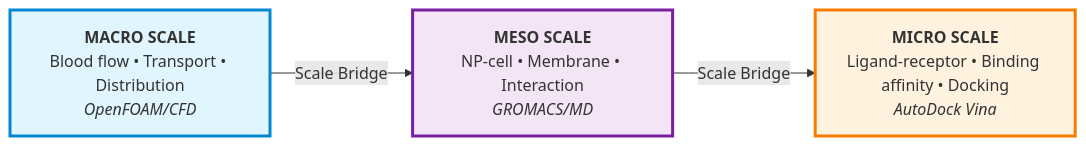
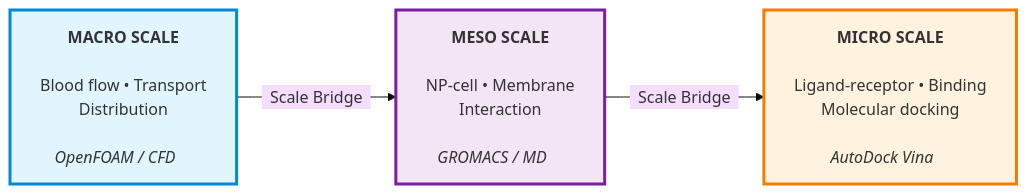
The diagram in README.md (xiaojunyang0805/NanoSim), drawn with Mermaid before and after one commit. The commit also changed other lines of this file, not shown here.

Commit message:
Make architecture diagram larger and prevent overlap with controls
Improvements:
- Increased font size to 16px for better readability
- Added padding with &nbsp; to make boxes larger
- Split text into more lines for better proportions
- Added spacing between diagram and next section
- Wrapped in div with left alignment for better positioning
- Added padding style to boxes

Result: Larger, more readable diagram that doesn't overlap with GitHub's control panel.

🤖 Generated with [Claude Code](https://claude.com/claude-code)

````diff
--- a/README.md
+++ b/README.md
@@ -71,12 +73,14 @@
 ```mermaid
+%%{init: {'theme':'base', 'themeVariables': { 'fontSize':'16px'}}}%%
 flowchart LR
-    A["<b>MACRO SCALE</b><br/>Blood flow • Transport • Distribution<br/><i>OpenFOAM/CFD</i>"]
-    B["<b>MESO SCALE</b><br/>NP-cell • Membrane • Interaction<br/><i>GROMACS/MD</i>"]
-    C["<b>MICRO SCALE</b><br/>Ligand-receptor • Binding affinity • Docking<br/><i>AutoDock Vina</i>"]
+    A["&nbsp;&nbsp;&nbsp;&nbsp;<b>MACRO SCALE</b>&nbsp;&nbsp;&nbsp;&nbsp;<br/><br/>Blood flow • Transport<br/>Distribution<br/><br/><i>OpenFOAM / CFD</i>&nbsp;&nbsp;&nbsp;&nbsp;"]
+    B["&nbsp;&nbsp;&nbsp;&nbsp;<b>MESO SCALE</b>&nbsp;&nbsp;&nbsp;&nbsp;<br/><br/>NP-cell • Membrane<br/>Interaction<br/><br/><i>GROMACS / MD</i>&nbsp;&nbsp;&nbsp;&nbsp;"]
+    C["&nbsp;&nbsp;&nbsp;&nbsp;<b>MICRO SCALE</b>&nbsp;&nbsp;&nbsp;&nbsp;<br/><br/>Ligand-receptor • Binding<br/>Molecular docking<br/><br/><i>AutoDock Vina</i>&nbsp;&nbsp;&nbsp;&nbsp;"]
 
-    A -->|Scale Bridge| B -->|Scale Bridge| C
+    A -->|"&nbsp;&nbsp;Scale Bridge&nbsp;&nbsp;"| B
+    B -->|"&nbsp;&nbsp;Scale Bridge&nbsp;&nbsp;"| C
 
-    style A fill:#e1f5ff,stroke:#0288d1,stroke-width:3px
-    style B fill:#f3e5f5,stroke:#7b1fa2,stroke-width:3px
-    style C fill:#fff3e0,stroke:#f57c00,stroke-width:3px
+    style A fill:#e1f5ff,stroke:#0288d1,stroke-width:3px,padding:20px
+    style B fill:#f3e5f5,stroke:#7b1fa2,stroke-width:3px,padding:20px
+    style C fill:#fff3e0,stroke:#f57c00,stroke-width:3px,padding:20px
 ```
````
